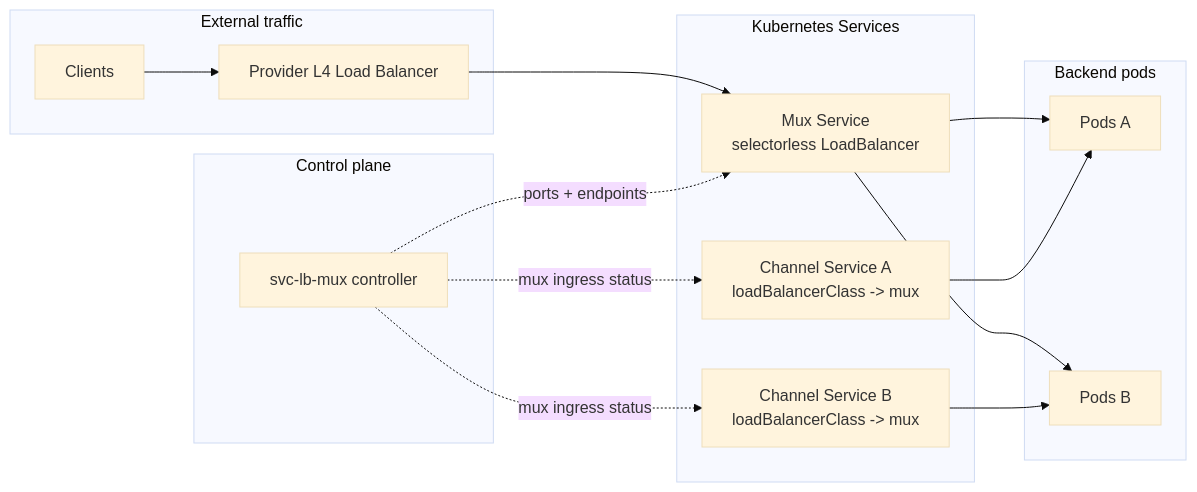
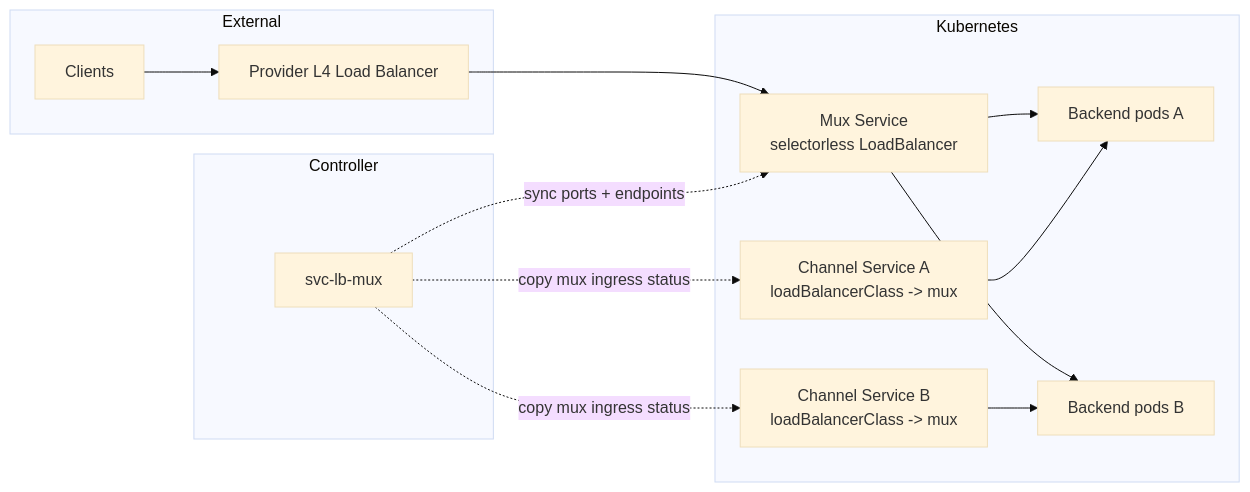
Before and after one commit to nowakeai/svc-lb-mux: the diagram in README.md, drawn with Mermaid (base theme). The commit also changed other lines of this file and 13 other files, not shown here.

````diff
--- a/README.md
+++ b/README.md
@@ -32,32 +31,28 @@
 ```mermaid
 flowchart LR
-    subgraph external[External traffic]
+    subgraph ext[External]
         client[Clients]
         lb[Provider L4 Load Balancer]
     end
 
-    subgraph control[Control plane]
-        controller[svc-lb-mux controller]
-    end
-
-    subgraph services[Kubernetes Services]
+    subgraph k8s[Kubernetes]
         mux["Mux Service<br/>selectorless LoadBalancer"]
         ch1["Channel Service A<br/>loadBalancerClass -> mux"]
         ch2["Channel Service B<br/>loadBalancerClass -> mux"]
+        pod1[Backend pods A]
+        pod2[Backend pods B]
     end
 
-    subgraph backends[Backend pods]
-        pod1[Pods A]
-        pod2[Pods B]
+    subgraph ctl[Controller]
+        controller[svc-lb-mux]
     end
 
     client --> lb --> mux
     mux --> pod1
     mux --> pod2
     ch1 --> pod1
     ch2 --> pod2
-
-    controller -. "ports + endpoints" .-> mux
-    controller -. "mux ingress status" .-> ch1
-    controller -. "mux ingress status" .-> ch2
+    controller -. "sync ports + endpoints" .-> mux
+    controller -. "copy mux ingress status" .-> ch1
+    controller -. "copy mux ingress status" .-> ch2
 ```
````
